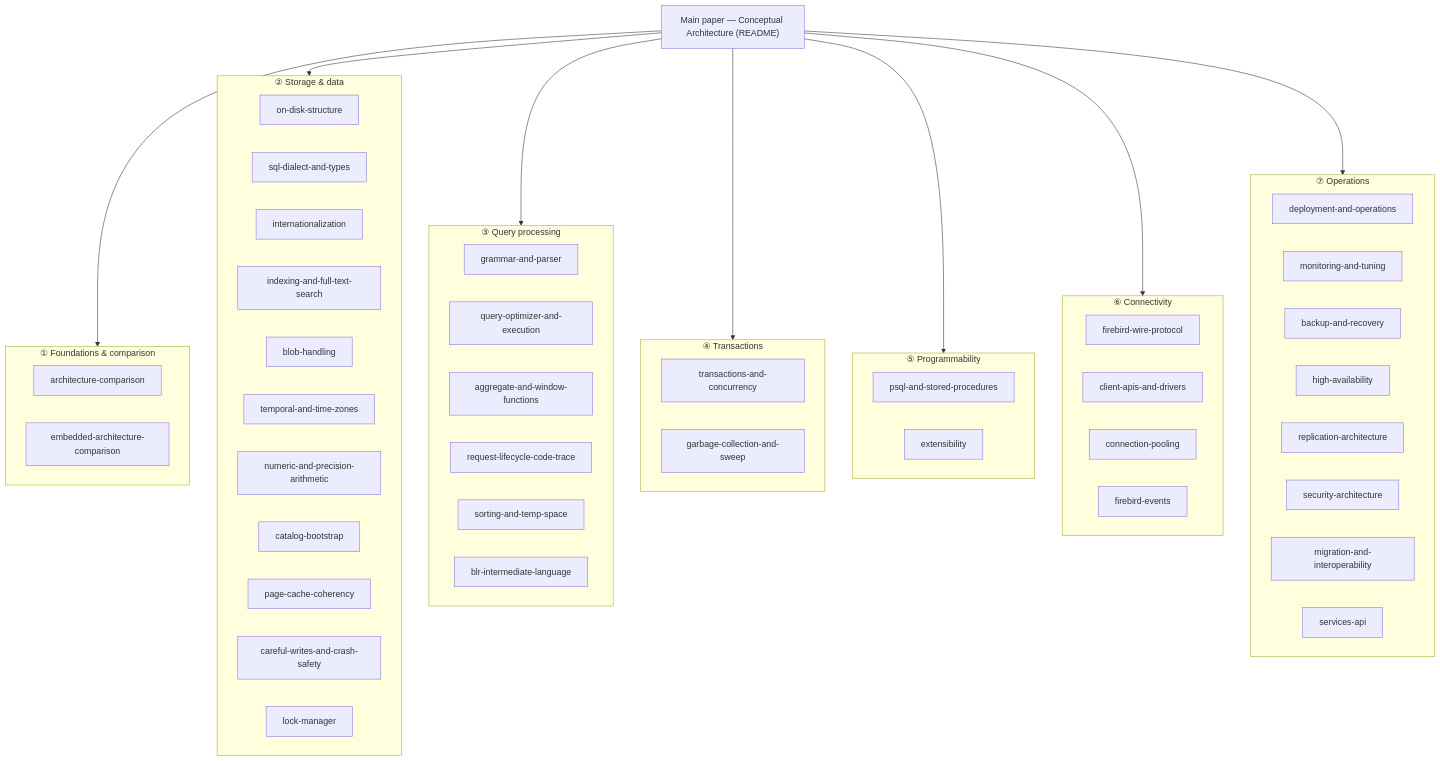
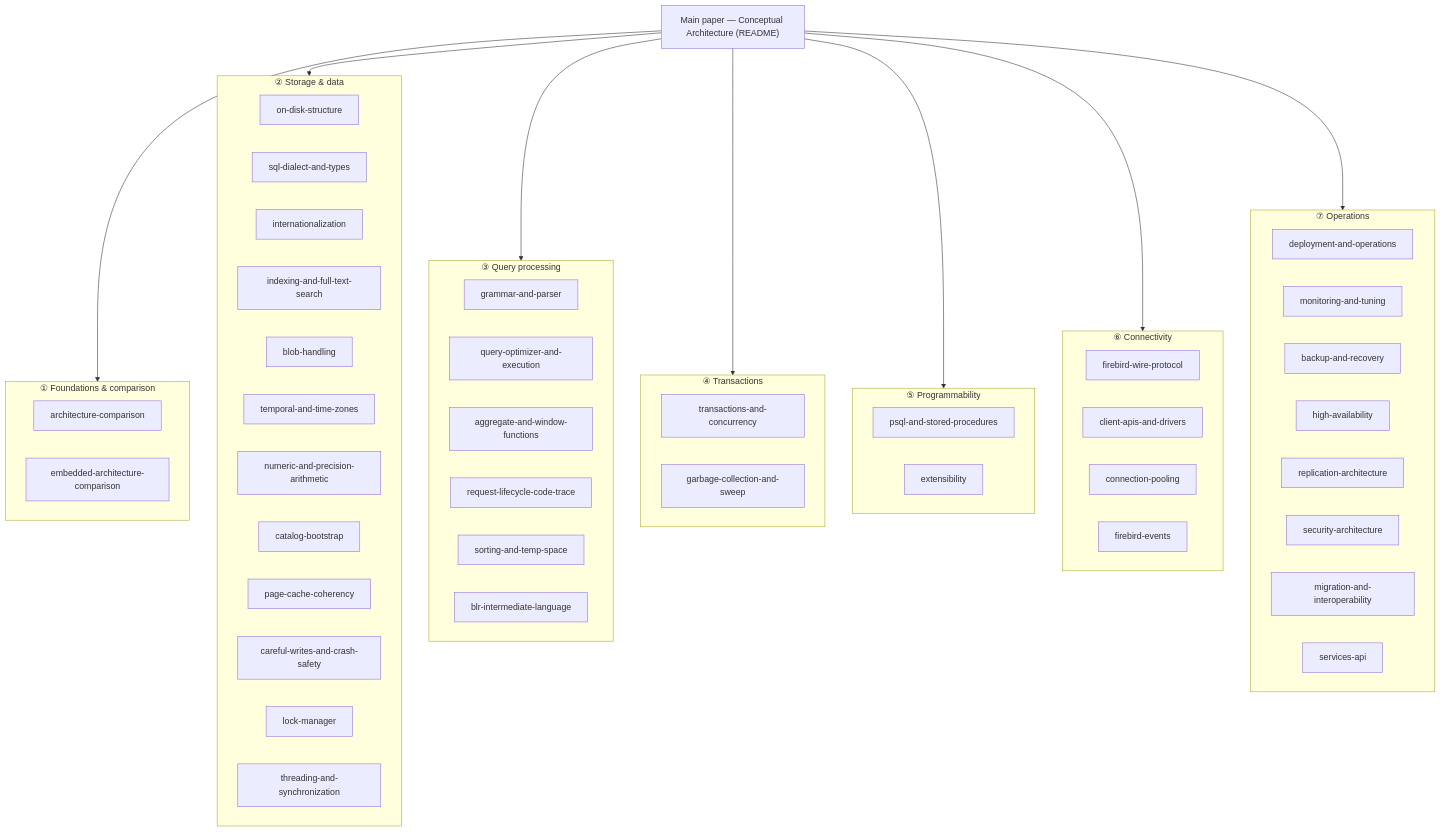
Before and after one commit to mariuz/conceptual-architecture-for-firebird-paper: the diagram in READING-GUIDE.md, drawn with Mermaid. The commit also changed other lines of this file and 2 other files, not shown here.

First line of the commit message:
Add threading and synchronization document

````diff
--- a/READING-GUIDE.md
+++ b/READING-GUIDE.md
@@ -9,56 +9,57 @@
 ```mermaid
 flowchart TB
     PAPER["Main paper — Conceptual Architecture (README)"]
 
     PAPER --> T1 & T2 & T3 & T4 & T5 & T6 & T7
 
     subgraph T1["① Foundations & comparison"]
         A1["architecture-comparison"]
         A2["embedded-architecture-comparison"]
     end
     subgraph T2["② Storage & data"]
         B1["on-disk-structure"]
         B2["sql-dialect-and-types"]
         B3["internationalization"]
         B4["indexing-and-full-text-search"]
         B5["blob-handling"]
         B6["temporal-and-time-zones"]
         B7["numeric-and-precision-arithmetic"]
         B8["catalog-bootstrap"]
         B9["page-cache-coherency"]
         B10["careful-writes-and-crash-safety"]
         B11["lock-manager"]
+        B12["threading-and-synchronization"]
     end
     subgraph T3["③ Query processing"]
         C1["grammar-and-parser"]
         C2["query-optimizer-and-execution"]
         C3["aggregate-and-window-functions"]
         C4["request-lifecycle-code-trace"]
         C5["sorting-and-temp-space"]
         C6["blr-intermediate-language"]
     end
     subgraph T4["④ Transactions"]
         D1["transactions-and-concurrency"]
         D2["garbage-collection-and-sweep"]
     end
     subgraph T5["⑤ Programmability"]
         E1["psql-and-stored-procedures"]
         E2["extensibility"]
     end
     subgraph T6["⑥ Connectivity"]
         F1["firebird-wire-protocol"]
         F2["client-apis-and-drivers"]
         F3["connection-pooling"]
         F4["firebird-events"]
     end
     subgraph T7["⑦ Operations"]
         G1["deployment-and-operations"]
         G2["monitoring-and-tuning"]
         G3["backup-and-recovery"]
         G4["high-availability"]
         G5["replication-architecture"]
         G6["security-architecture"]
         G7["migration-and-interoperability"]
         G8["services-api"]
     end
 ```
````
